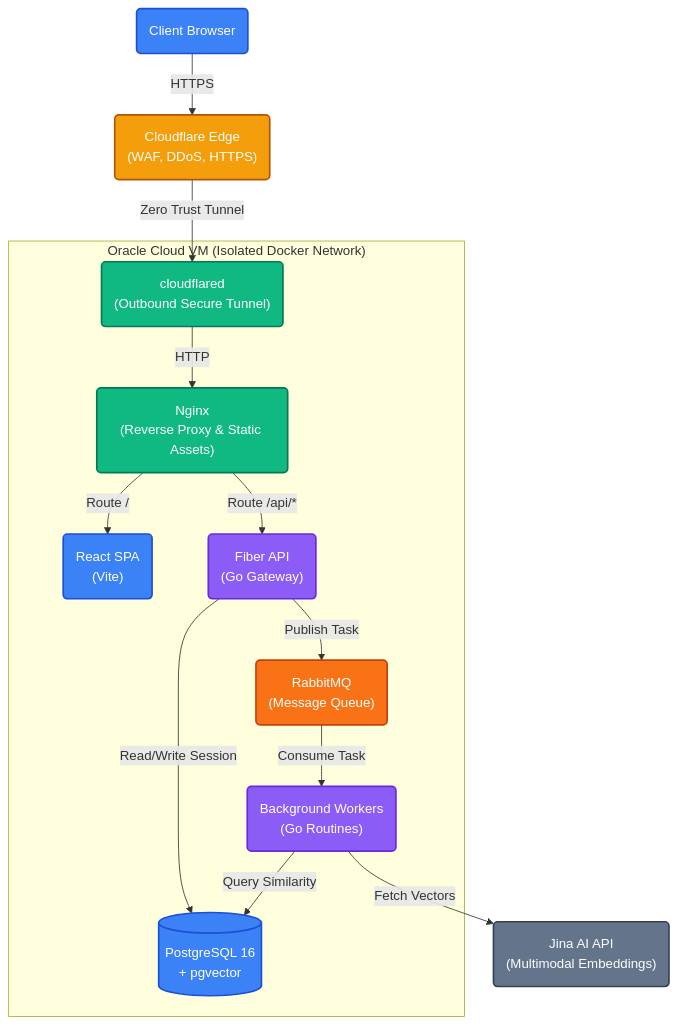
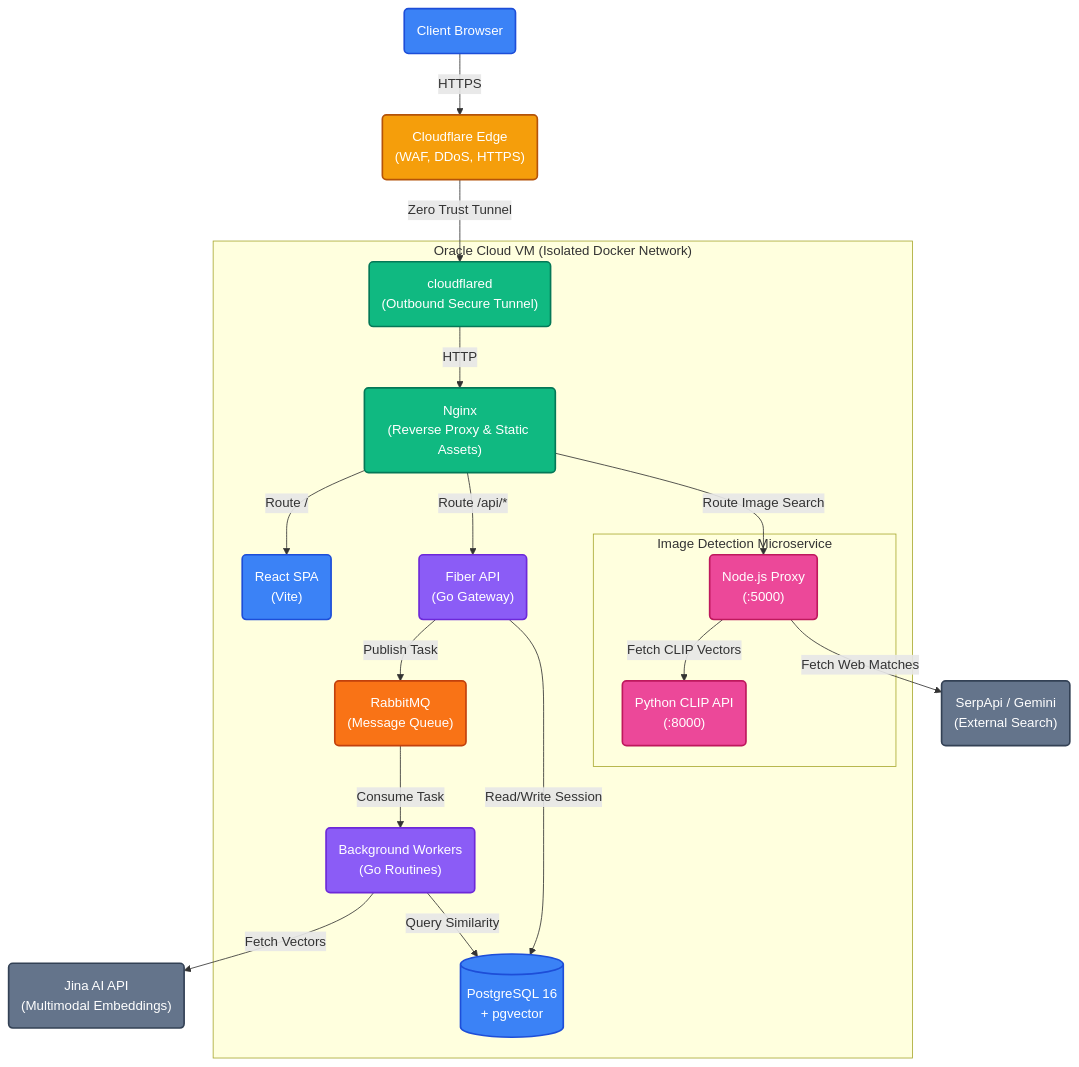
One commit to NKS01X/Krypton changed the second of 3 diagrams in README.md. Above: the diagram before and after it, drawn with Mermaid. The commit also changed other lines of this file, not shown here.

Commit message:
docs: add image detection microservice architecture to readme

````diff
--- a/README.md
+++ b/README.md
@@ -100,43 +107,54 @@
 ```mermaid
 graph TD
     %% Define Styles
     classDef client fill:#3b82f6,stroke:#1d4ed8,stroke-width:2px,color:#fff
     classDef edge fill:#f59e0b,stroke:#b45309,stroke-width:2px,color:#fff
     classDef network fill:#1e293b,stroke:#475569,stroke-width:2px,color:#fff,stroke-dasharray: 5 5
     classDef proxy fill:#10b981,stroke:#047857,stroke-width:2px,color:#fff
     classDef backend fill:#8b5cf6,stroke:#6d28d9,stroke-width:2px,color:#fff
     classDef queue fill:#f97316,stroke:#c2410c,stroke-width:2px,color:#fff
     classDef db fill:#3b82f6,stroke:#1d4ed8,stroke-width:2px,color:#fff
     classDef external fill:#64748b,stroke:#334155,stroke-width:2px,color:#fff
+    classDef micro fill:#ec4899,stroke:#be185d,stroke-width:2px,color:#fff
 
     Client("Client Browser"):::client
     CF("Cloudflare Edge<br/>(WAF, DDoS, HTTPS)"):::edge
     
     subgraph OCI["Oracle Cloud VM (Isolated Docker Network)"]
         Tunnel("cloudflared<br/>(Outbound Secure Tunnel)"):::proxy
         Nginx("Nginx<br/>(Reverse Proxy & Static Assets)"):::proxy
         SPA("React SPA<br/>(Vite)"):::client
         
         API("Fiber API<br/>(Go Gateway)"):::backend
         MQ("RabbitMQ<br/>(Message Queue)"):::queue
         Worker("Background Workers<br/>(Go Routines)"):::backend
         
         DB[("PostgreSQL 16<br/>+ pgvector")]:::db
+
+        subgraph Microservice["Image Detection Microservice"]
+            NodeAPI("Node.js Proxy<br/>(:5000)"):::micro
+            PyML("Python CLIP API<br/>(:8000)"):::micro
+        end
     end
 
     Jina("Jina AI API<br/>(Multimodal Embeddings)"):::external
+    Serp("SerpApi / Gemini<br/>(External Search)"):::external
 
     Client -->|HTTPS| CF
     CF -->|Zero Trust Tunnel| Tunnel
     Tunnel -->|HTTP| Nginx
     
     Nginx -->|Route /| SPA
     Nginx -->|Route /api/*| API
     
     API -->|Publish Task| MQ
     API -->|Read/Write Session| DB
     
     MQ -->|Consume Task| Worker
     Worker -->|Fetch Vectors| Jina
     Worker -->|Query Similarity| DB
+
+    Nginx -->|Route Image Search| NodeAPI
+    NodeAPI -->|Fetch CLIP Vectors| PyML
+    NodeAPI -->|Fetch Web Matches| Serp
 ```
````
